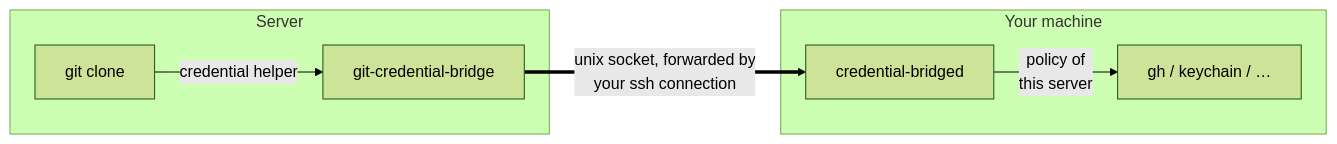
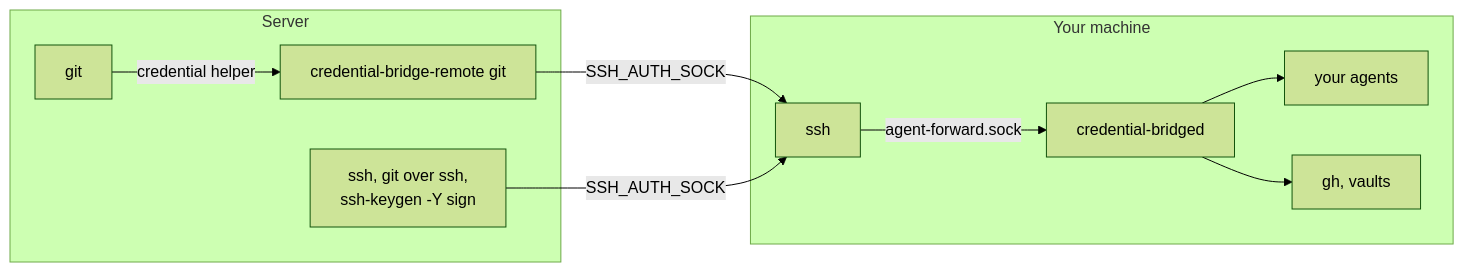
Before and after one commit to XeS0r/ssh-credential-bridge: the diagram in README.md, drawn with Mermaid (forest theme). The commit also changed other lines of this file and 214 other files, not shown here.

````diff
--- a/README.md
+++ b/README.md
@@ -138,10 +365,18 @@
 ```mermaid
 flowchart LR
     subgraph remote["Server"]
-        git["git clone"] -- "credential helper" --> helper["git-credential-bridge"]
+        git["git"] -- "credential helper" --> helper["credential-bridge-remote git"]
+        tools["ssh, git over ssh,<br/>ssh-keygen -Y sign"]
     end
     subgraph local["Your machine"]
-        daemon["credential-bridged"] -- "policy of<br/>this server" --> backend["gh / keychain / …"]
+        ssh["ssh"]
+        daemon["credential-bridged"]
+        up["your agents"]
+        vault["gh, vaults"]
     end
-    helper == "unix socket, forwarded by<br/>your ssh connection" ==> daemon
+    helper -- "SSH_AUTH_SOCK" --> ssh
+    tools -- "SSH_AUTH_SOCK" --> ssh
+    ssh -- "agent-forward.sock" --> daemon
+    daemon --> up
+    daemon --> vault
 ```
````
